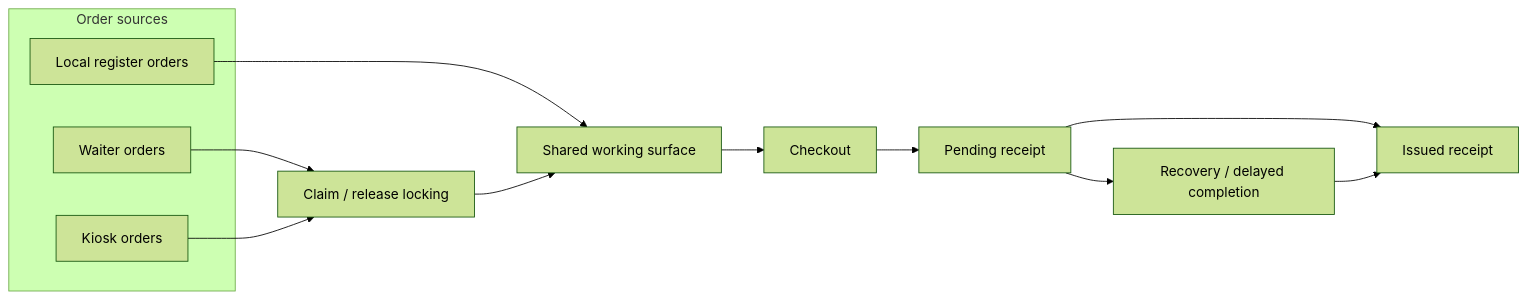
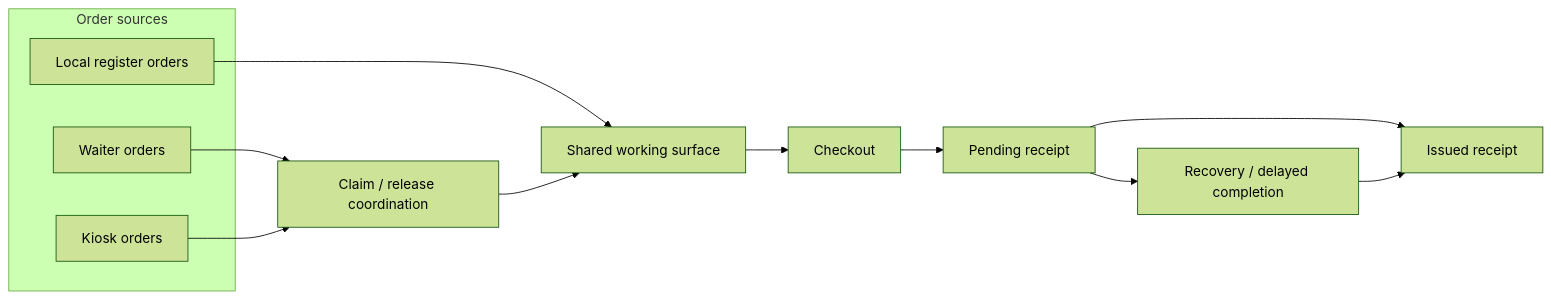
Before and after one commit to kaddaak/portfolio: the diagram in hospitality-pos/windows-tauri/features/06-orders-receipts-and-table-operations/README.md, drawn with Mermaid (forest theme). The commit also changed other lines of this file and 4 other files, not shown here.

````diff
--- a/hospitality-pos/windows-tauri/features/06-orders-receipts-and-table-operations/README.md
+++ b/hospitality-pos/windows-tauri/features/06-orders-receipts-and-table-operations/README.md
@@ -5,20 +5,20 @@
 ```mermaid
 flowchart LR
   subgraph S["Order sources"]
     A["Local register orders"]
     B["Waiter orders"]
     C["Kiosk orders"]
   end
 
-  B --> L["Claim / release locking"]
+  B --> L["Claim / release coordination"]
   C --> L
 
   A --> W["Shared working surface"]
   L --> W
 
   W --> X["Checkout"]
   X --> Y["Pending receipt"]
   Y --> Z["Issued receipt"]
   Y --> R["Recovery / delayed completion"]
   R --> Z
 ```
````
